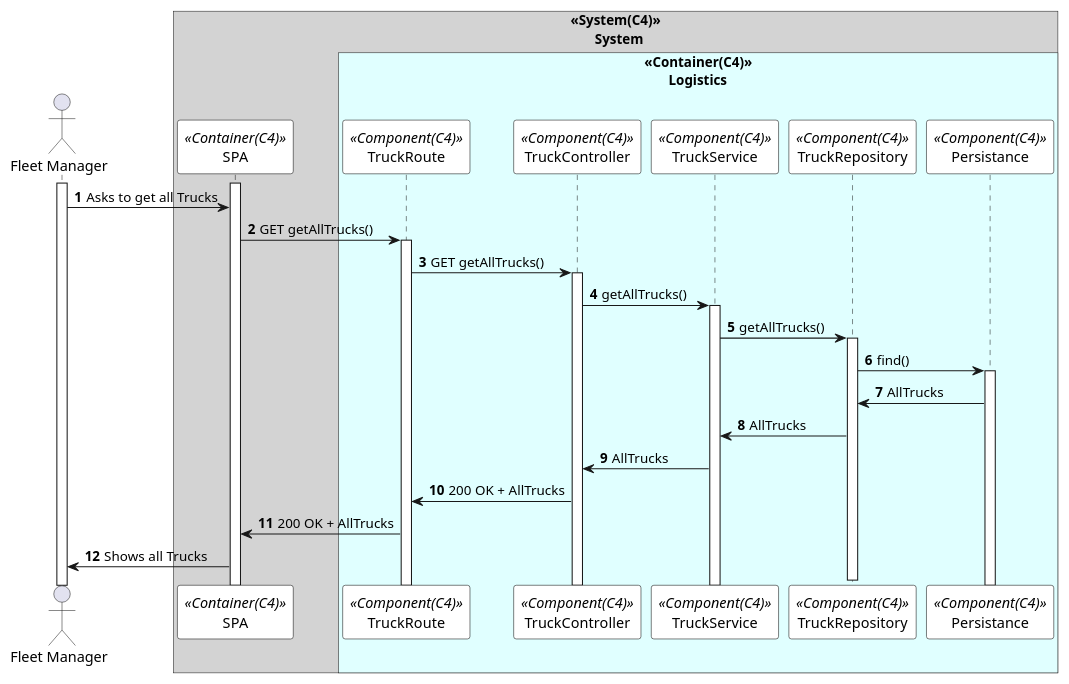
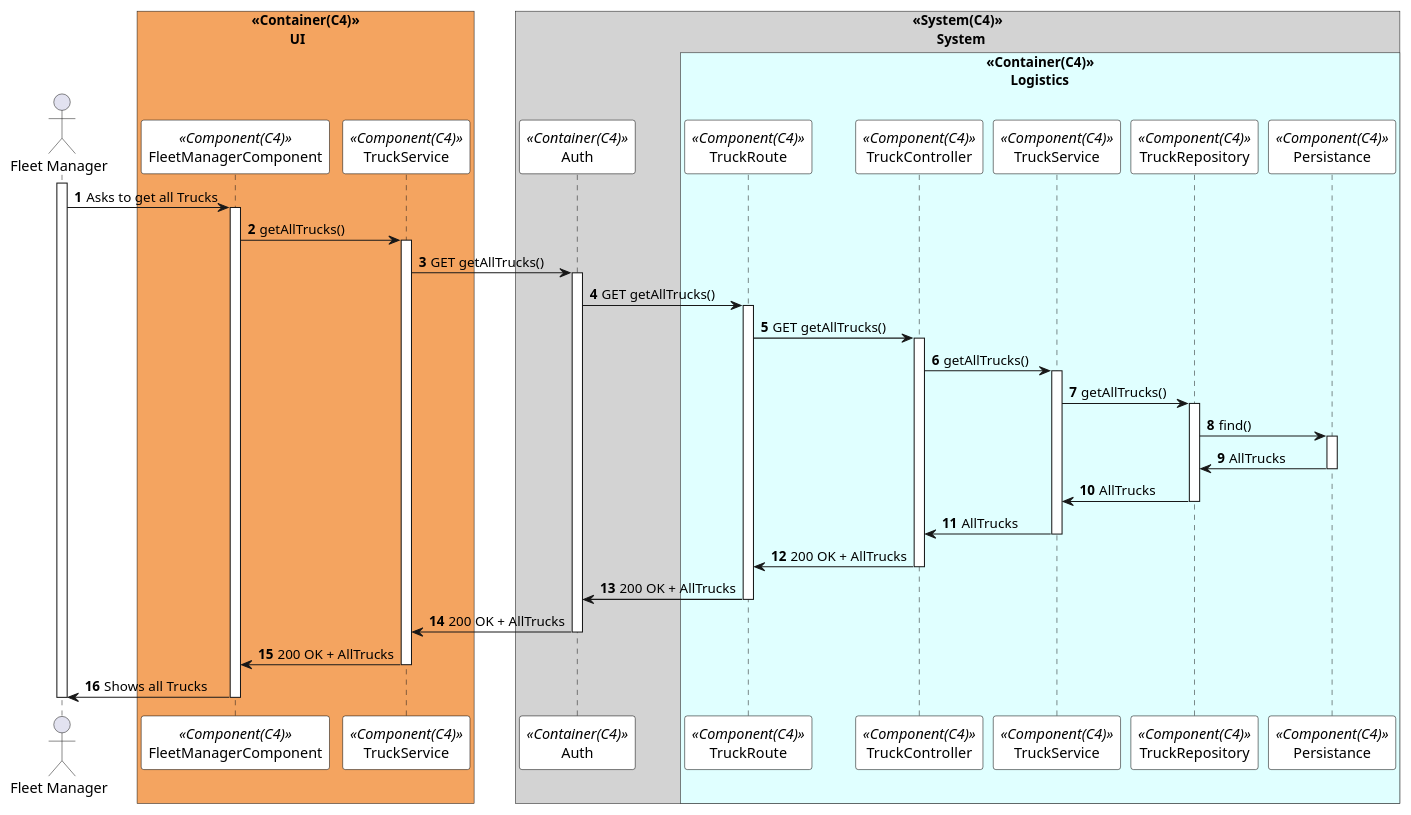
One commit to 0franciscor/dei_3dj_057 changed the diagram in Documents/Deployment Diagrams/Level 3 - Component/Process View/Truck/puml/getAllTrucks.puml. Above: the diagram before and after it, drawn with PlantUML. The commit also changed 4 other files, not shown here.

Commit message:
ALL VP SPA #28 CRUD VP Diagrams updated with SPA

```diff
--- a/Documents/Deployment Diagrams/Level 3 - Component/Process View/Truck/puml/getAllTrucks.puml
+++ b/Documents/Deployment Diagrams/Level 3 - Component/Process View/Truck/puml/getAllTrucks.puml
@@ -1,62 +1,80 @@
 @startuml getAllTrucksSD
 
 autonumber
 !pragma teoz true
 
 skinparam sequence {
 ParticipantBorderColor black
 ParticipantBackgroundColor white
 }
 
 actor "Fleet Manager" as manager
 
+box "<<Container(C4)>>\n           UI" #SandyBrown
+participant "FleetManagerComponent" as FleetManagerComponent <<Component(C4)>>
+participant "TruckService" as TruckService <<Component(C4)>>
+end box
+
 box "<<System(C4)>>\n       System" #LightGray
-participant SPA as  SPA <<Container(C4)>>
+participant Auth as  Auth <<Container(C4)>>
 box "<<Container(C4)>>\n       Logistics" #LightCyan
 participant TruckRoute as Route <<Component(C4)>>
 participant TruckController as Controller <<Component(C4)>>
 participant TruckService as Service <<Component(C4)>>
 participant TruckRepository as Repository <<Component(C4)>>
 participant Persistance as Persistance <<Component(C4)>>
 end box
 
 
 
 activate manager
-activate SPA
-manager -> SPA: Asks to get all Trucks
 
-
-
-SPA -> Route: GET getAllTrucks()
+manager -> FleetManagerComponent: Asks to get all Trucks
+activate FleetManagerComponent
+FleetManagerComponent -> TruckService: getAllTrucks()
+activate TruckService
+TruckService -> Auth: GET getAllTrucks()
+activate Auth
+Auth -> Route: GET getAllTrucks()
 activate Route
 Route -> Controller: GET getAllTrucks()
 activate Controller
 
 
 
 Controller -> Service: getAllTrucks()
 activate Service
 
 Service -> Repository: getAllTrucks()
 activate Repository
 Repository -> Persistance: find()
 activate Persistance
 
 
 
 Persistance -> Repository: AllTrucks
+deactivate Persistance
 Repository->Service: AllTrucks
+deactivate Repository
+
 Service -> Controller: AllTrucks
+deactivate Service
+Controller->Route: 200 OK + AllTrucks
+deactivate Controller
+Route->Auth: 200 OK + AllTrucks
+deactivate Route
 
-Controller->Route: 200 OK + AllTrucks
-Route->SPA: 200 OK + AllTrucks
 
-SPA->manager: Shows all Trucks
-deactivate Repository
+Auth->TruckService: 200 OK + AllTrucks
+deactivate Auth
+TruckService->FleetManagerComponent: 200 OK + AllTrucks
+deactivate TruckService
+FleetManagerComponent->manager: Shows all Trucks
+deactivate FleetManagerComponent
+deactivate manager
 
 
 
 
 
 @enduml
```
